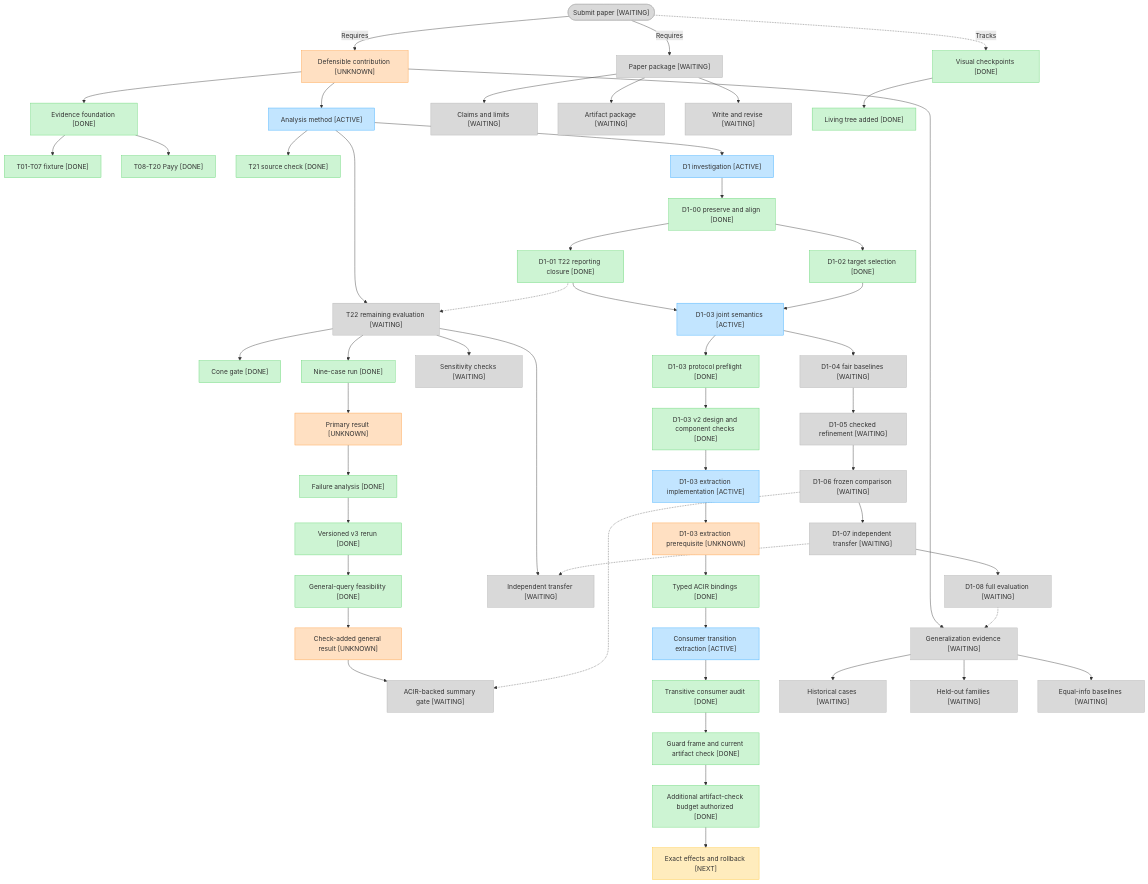
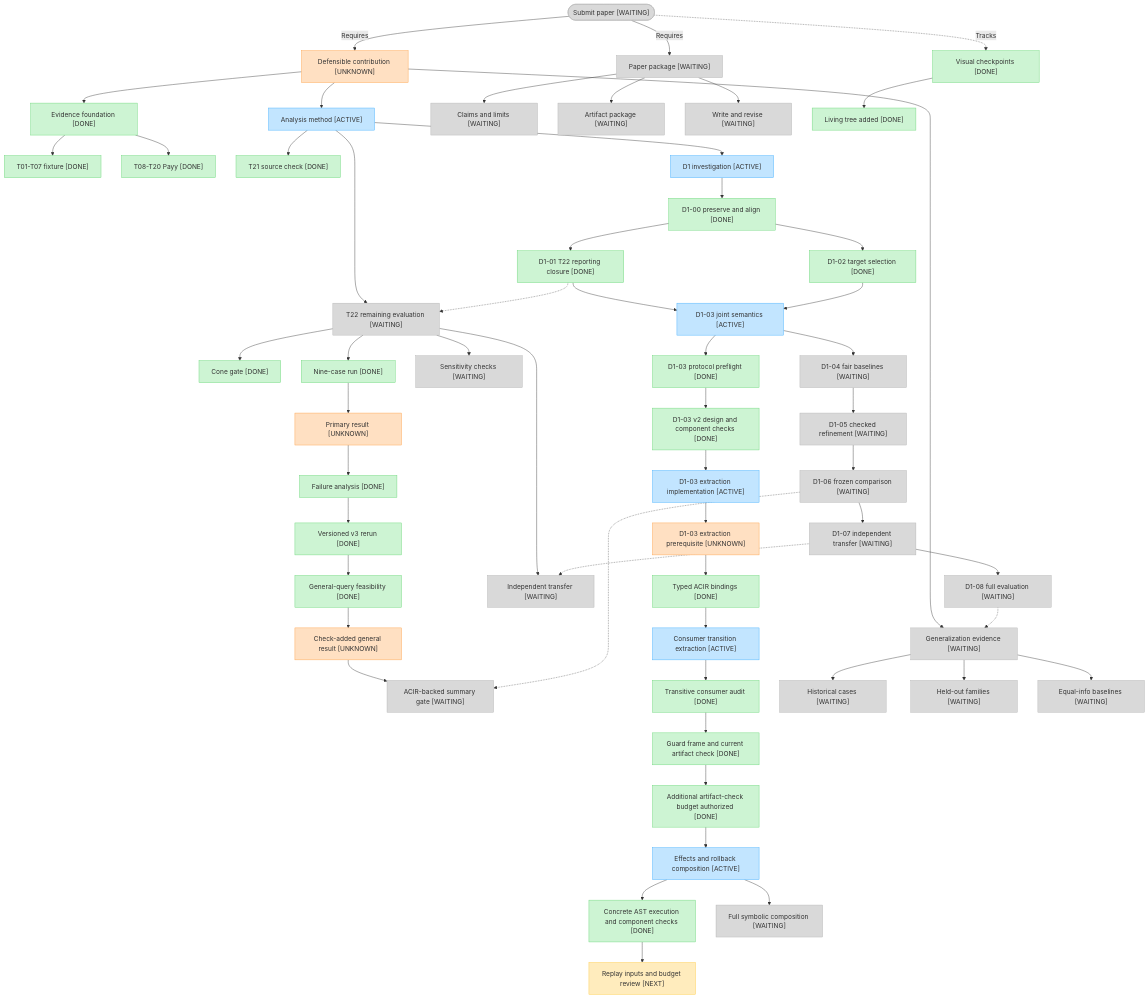
The diagram in docs/project-status.md (imranpollob/BindCheck), drawn with Mermaid before and after one commit. The commit also changed other lines of this file and 11 other files, not shown here.

Commit message:
Implement source-bound consumer execution and rollback controls

````diff
--- a/docs/project-status.md
+++ b/docs/project-status.md
@@ -16,76 +16,79 @@
 ```mermaid
 flowchart TD
     submit(["Submit paper [WAITING]"])
     contribution["Defensible contribution [UNKNOWN]"]
     submit -->|"Requires"| contribution
     submit -->|"Requires"| manuscript["Paper package [WAITING]"]
     submit -.->|"Tracks"| tracking["Visual checkpoints [DONE]"]
 
     contribution --> foundation["Evidence foundation [DONE]"]
     contribution --> analysis["Analysis method [ACTIVE]"]
     contribution --> evaluation["Generalization evidence [WAITING]"]
 
     foundation --> fixture["T01-T07 fixture [DONE]"]
     foundation --> payy["T08-T20 Payy [DONE]"]
 
     analysis --> sourceCheck["T21 source check [DONE]"]
     analysis --> t22["T22 remaining evaluation [WAITING]"]
     t22 --> coneGate["Cone gate [DONE]"]
     t22 --> nineCases["Nine-case run [DONE]"]
     nineCases --> primaryResult["Primary result [UNKNOWN]"]
     primaryResult --> failureAnalysis["Failure analysis [DONE]"]
     failureAnalysis --> v3Rerun["Versioned v3 rerun [DONE]"]
     v3Rerun --> generalGate["General-query feasibility [DONE]"]
     generalGate --> generalResult["Check-added general result [UNKNOWN]"]
     generalResult --> acirSummary["ACIR-backed summary gate [WAITING]"]
     t22 --> transferCase["Independent transfer [WAITING]"]
     t22 --> sensitivity["Sensitivity checks [WAITING]"]
 
     analysis --> d1["D1 investigation [ACTIVE]"]
     d1 --> d100["D1-00 preserve and align [DONE]"]
     d100 --> d101["D1-01 T22 reporting closure [DONE]"]
     d100 --> d102["D1-02 target selection [DONE]"]
     d101 --> d103["D1-03 joint semantics [ACTIVE]"]
     d102 --> d103
     d103 --> d103preflight["D1-03 protocol preflight [DONE]"]
     d103preflight --> d103review["D1-03 v2 design and component checks [DONE]"]
     d103review --> d103impl["D1-03 extraction implementation [ACTIVE]"]
     d103impl --> d103gate["D1-03 extraction prerequisite [UNKNOWN]"]
     d103gate --> d103typed["Typed ACIR bindings [DONE]"]
     d103typed --> d103consumer["Consumer transition extraction [ACTIVE]"]
     d103consumer --> d103boundary["Transitive consumer audit [DONE]"]
     d103boundary --> d103guardreview["Guard frame and current artifact check [DONE]"]
     d103guardreview --> d103guards["Additional artifact-check budget authorized [DONE]"]
-    d103guards --> d103effects["Exact effects and rollback [NEXT]"]
+    d103guards --> d103effects["Effects and rollback composition [ACTIVE]"]
+    d103effects --> d103concrete["Concrete AST execution and component checks [DONE]"]
+    d103concrete --> d103replayreview["Replay inputs and budget review [NEXT]"]
+    d103effects --> d103symbolic["Full symbolic composition [WAITING]"]
     d103 --> d104["D1-04 fair baselines [WAITING]"]
     d104 --> d105["D1-05 checked refinement [WAITING]"]
     d105 --> d106["D1-06 frozen comparison [WAITING]"]
     d106 --> d107["D1-07 independent transfer [WAITING]"]
     d107 --> d108["D1-08 full evaluation [WAITING]"]
     d101 -.-> t22
     d106 -.-> acirSummary
     d107 -.-> transferCase
     d108 -.-> evaluation
 
     evaluation --> history["Historical cases [WAITING]"]
     evaluation --> heldOut["Held-out families [WAITING]"]
     evaluation --> baselines["Equal-info baselines [WAITING]"]
 
     manuscript --> claims["Claims and limits [WAITING]"]
     manuscript --> artifacts["Artifact package [WAITING]"]
     manuscript --> draft["Write and revise [WAITING]"]
 
     tracking --> livingTree["Living tree added [DONE]"]
 
     classDef done fill:#CDF4D3,stroke:#66D575
     classDef active fill:#C2E5FF,stroke:#3DADFF
     classDef next fill:#FFECBD,stroke:#FFC943
     classDef waiting fill:#D9D9D9,stroke:#B3B3B3
     classDef unknown fill:#FFE0C2,stroke:#FF9E42
 
-    class foundation,fixture,payy,sourceCheck,coneGate,nineCases,failureAnalysis,v3Rerun,generalGate,tracking,livingTree,d100,d101,d102,d103preflight,d103review,d103typed,d103boundary,d103guards,d103guardreview done
-    class analysis,d1,d103,d103impl,d103consumer active
-    class d103effects next
-    class evaluation,history,heldOut,baselines,manuscript,claims,artifacts,draft,transferCase,sensitivity,submit,t22,acirSummary,d104,d105,d106,d107,d108 waiting
+    class foundation,fixture,payy,sourceCheck,coneGate,nineCases,failureAnalysis,v3Rerun,generalGate,tracking,livingTree,d100,d101,d102,d103preflight,d103review,d103typed,d103boundary,d103guards,d103guardreview,d103concrete done
+    class analysis,d1,d103,d103impl,d103consumer,d103effects active
+    class d103replayreview next
+    class evaluation,history,heldOut,baselines,manuscript,claims,artifacts,draft,transferCase,sensitivity,submit,t22,acirSummary,d104,d105,d106,d107,d108,d103symbolic waiting
     class contribution,primaryResult,generalResult,d103gate unknown
 ```
````
